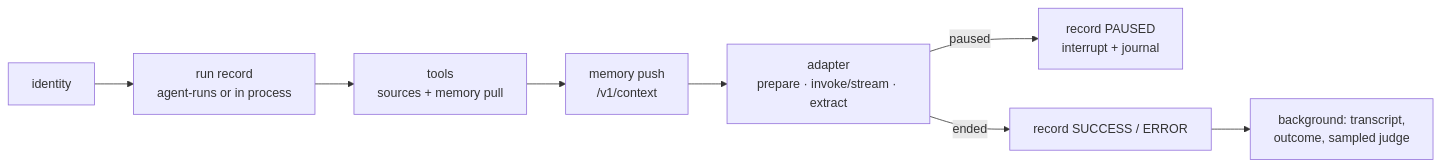
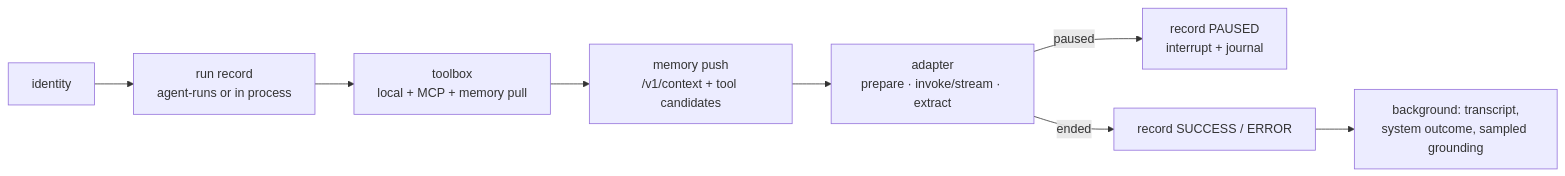
One commit to amitmohapatra/agent-harness changed the diagram in ARCHITECTURE.md. Above: the diagram before and after it, drawn with Mermaid. The commit also changed other lines of this file and 79 other files, not shown here.

````diff
--- a/ARCHITECTURE.md
+++ b/ARCHITECTURE.md
@@ -44,10 +45,10 @@
 ```mermaid
 flowchart LR
   A[identity] --> B[run record<br/>agent-runs or in process]
-  B --> C[tools<br/>sources + memory pull]
-  C --> D[memory push<br/>/v1/context]
+  B --> C[toolbox<br/>local + MCP + memory pull]
+  C --> D[memory push<br/>/v1/context + tool candidates]
   D --> E[adapter<br/>prepare · invoke/stream · extract]
   E -->|paused| F[record PAUSED<br/>interrupt + journal]
   E -->|ended| G[record SUCCESS / ERROR]
-  G --> H[background: transcript,<br/>outcome, sampled judge]
+  G --> H[background: transcript,<br/>system outcome, sampled grounding]
 ```
````
